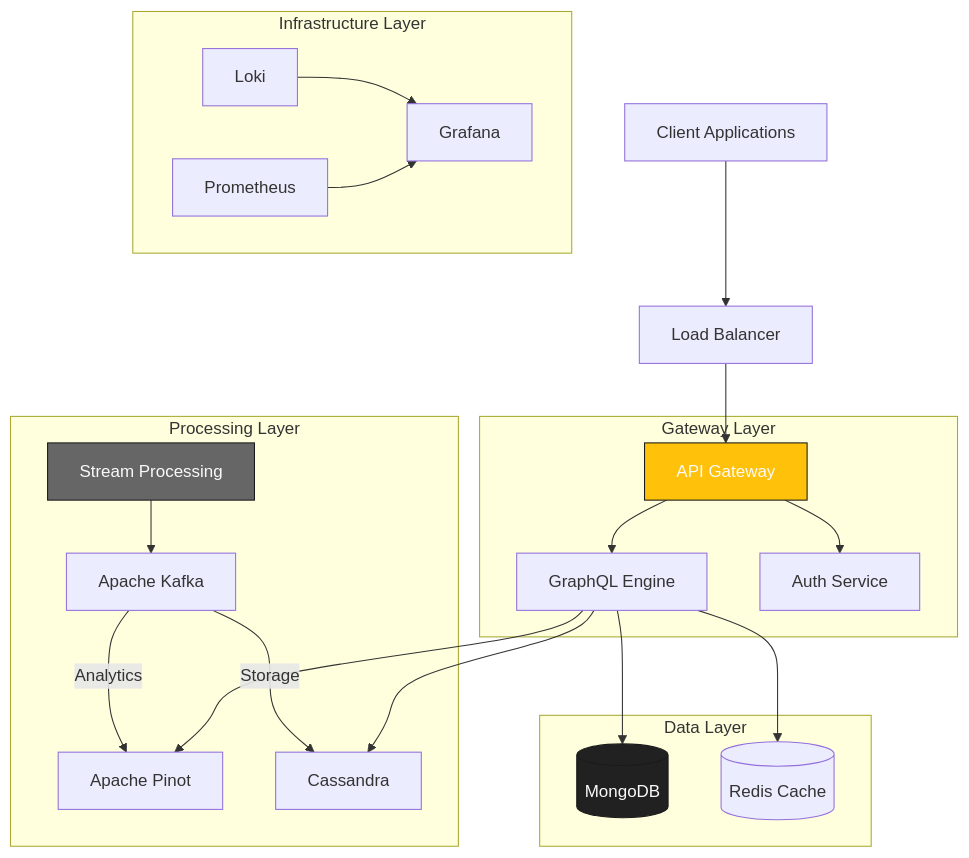
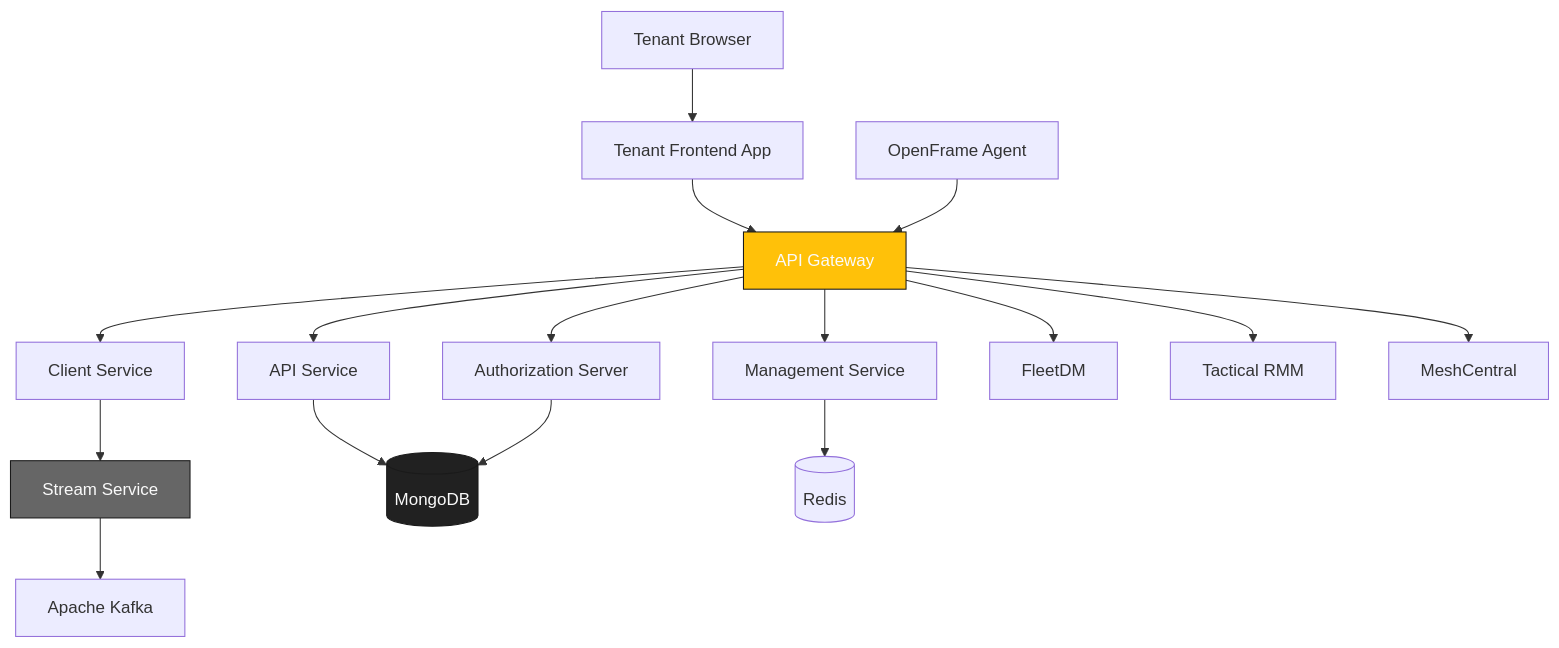
The diagram in README.md (flamingo-stack/openframe-oss-tenant), drawn with Mermaid before and after one commit. The commit also changed other lines of this file and 1 other file, not shown here.

````diff
--- a/README.md
+++ b/README.md
@@ -59,32 +32,26 @@
 ```mermaid
 flowchart TB
-    Client[Client Applications] --> LB[Load Balancer]
-    LB --> Gateway[API Gateway]
+    Browser[Tenant Browser] --> Frontend[Tenant Frontend App]
+    Frontend --> Gateway[API Gateway]
+    Agent[OpenFrame Agent] --> Gateway
+
+    Gateway --> Authz[Authorization Server]
+    Gateway --> API[API Service]
+    Gateway --> ClientSvc[Client Service]
+    Gateway --> Management[Management Service]
+
+    ClientSvc --> StreamSvc[Stream Service]
+    StreamSvc --> Kafka[Apache Kafka]
     
-    subgraph "Gateway Layer"
-        Gateway --> GraphQL[GraphQL Engine]
-        Gateway --> Auth[Auth Service]
-    end
+    API --> MongoDB[(MongoDB)]
+    Authz --> MongoDB
+    Management --> Redis[(Redis)]
     
-    subgraph "Processing Layer"
-        Stream[Stream Processing] --> Kafka[Apache Kafka]
-        Kafka --> |Analytics| Pinot[Apache Pinot]
-        Kafka --> |Storage| Cassandra[Cassandra]
-    end
-    
-    subgraph "Data Layer"
-        GraphQL --> MongoDB[(MongoDB)]
-        GraphQL --> Cassandra
-        GraphQL --> Pinot
-        GraphQL --> Redis[(Redis Cache)]
-    end
-    
-    subgraph "Infrastructure Layer"
-        Loki       --> Grafana
-        Prometheus --> Grafana
-    end
-    
+    Gateway --> Fleet[FleetDM]
+    Gateway --> Tactical[Tactical RMM]
+    Gateway --> Mesh[MeshCentral]
+
     style Gateway fill:#FFC109,stroke:#1A1A1A,color:#FAFAFA
-    style Stream fill:#666666,stroke:#1A1A1A,color:#FAFAFA
+    style StreamSvc fill:#666666,stroke:#1A1A1A,color:#FAFAFA
     style MongoDB fill:#212121,stroke:#1A1A1A,color:#FAFAFA
 ```
````
